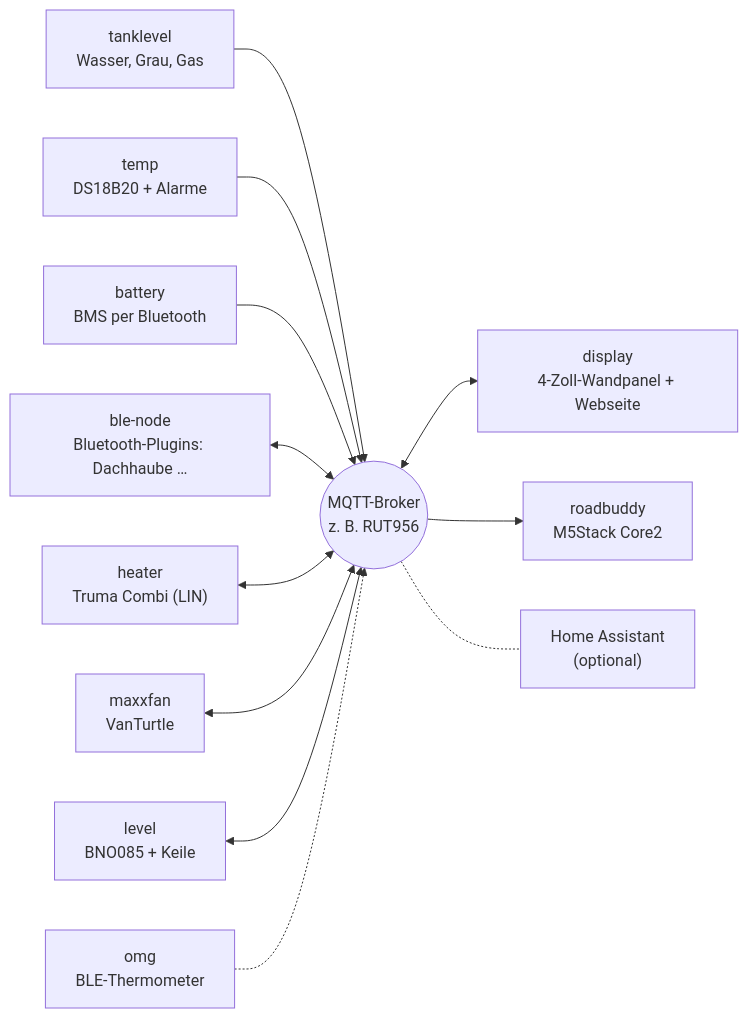
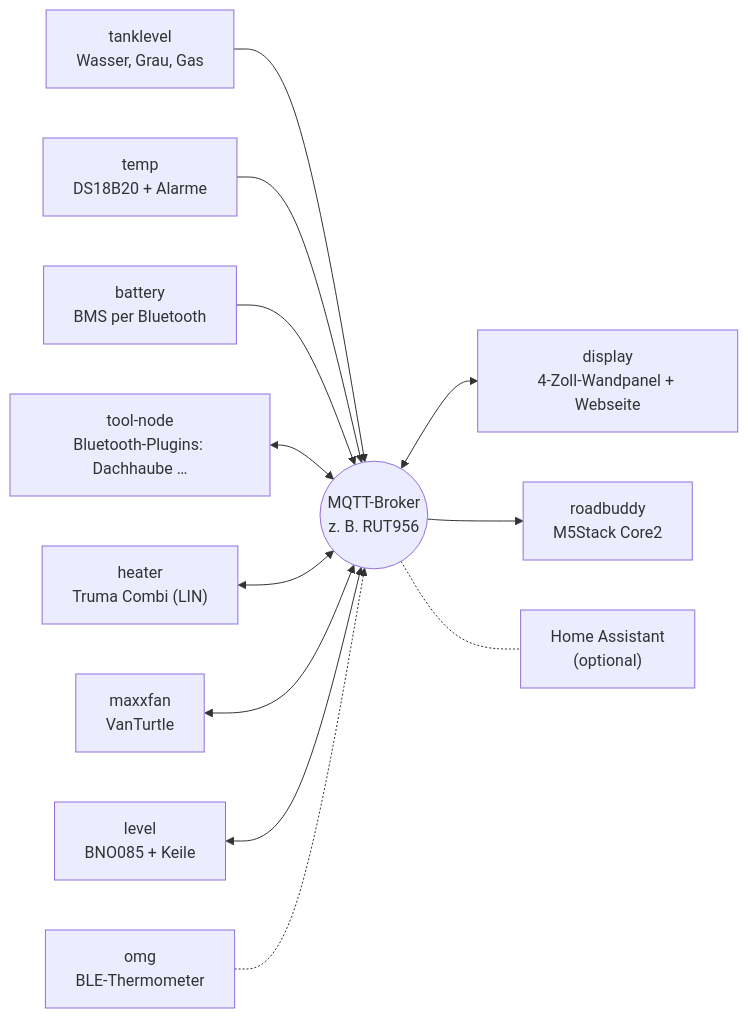
Before and after one commit to hflocki/vannode: the diagram in README.de.md, drawn with Mermaid. The commit also changed other lines of this file and 28 other files, not shown here.

Commit message:
ble 2.0.1 / display 2.17.0: general BLE node becomes tool-node (camper/tool), display with BLE nodes Battery, Tool, Tool 2, Tool 3

````diff
--- a/README.de.md
+++ b/README.de.md
@@ -27,15 +27,15 @@
 ```mermaid
 flowchart LR
   broker(("MQTT-Broker<br/>z. B. RUT956"))
   tank["tanklevel<br/>Wasser, Grau, Gas"] --> broker
   temp["temp<br/>DS18B20 + Alarme"] --> broker
   bat["battery<br/>BMS per Bluetooth"] --> broker
-  tool["ble-node<br/>Bluetooth-Plugins: Dachhaube …"] <--> broker
+  tool["tool-node<br/>Bluetooth-Plugins: Dachhaube …"] <--> broker
   heater["heater<br/>Truma Combi (LIN)"] <--> broker
   fan["maxxfan<br/>VanTurtle"] <--> broker
   level["level<br/>BNO085 + Keile"] <--> broker
   omg["omg<br/>BLE-Thermometer"] -.-> broker
   broker <--> display["display<br/>4-Zoll-Wandpanel + Webseite"]
   broker --> rb["roadbuddy<br/>M5Stack Core2"]
   broker -.- ha["Home Assistant<br/>(optional)"]
 ```
````
